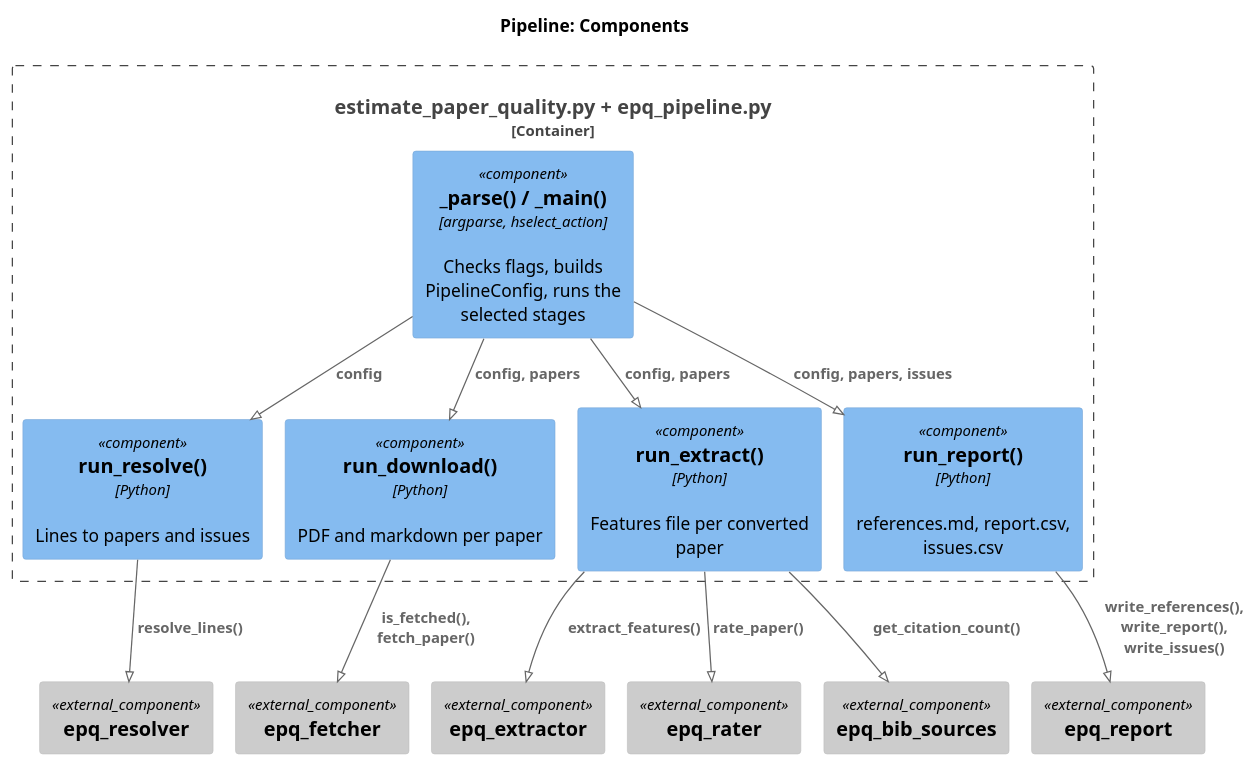
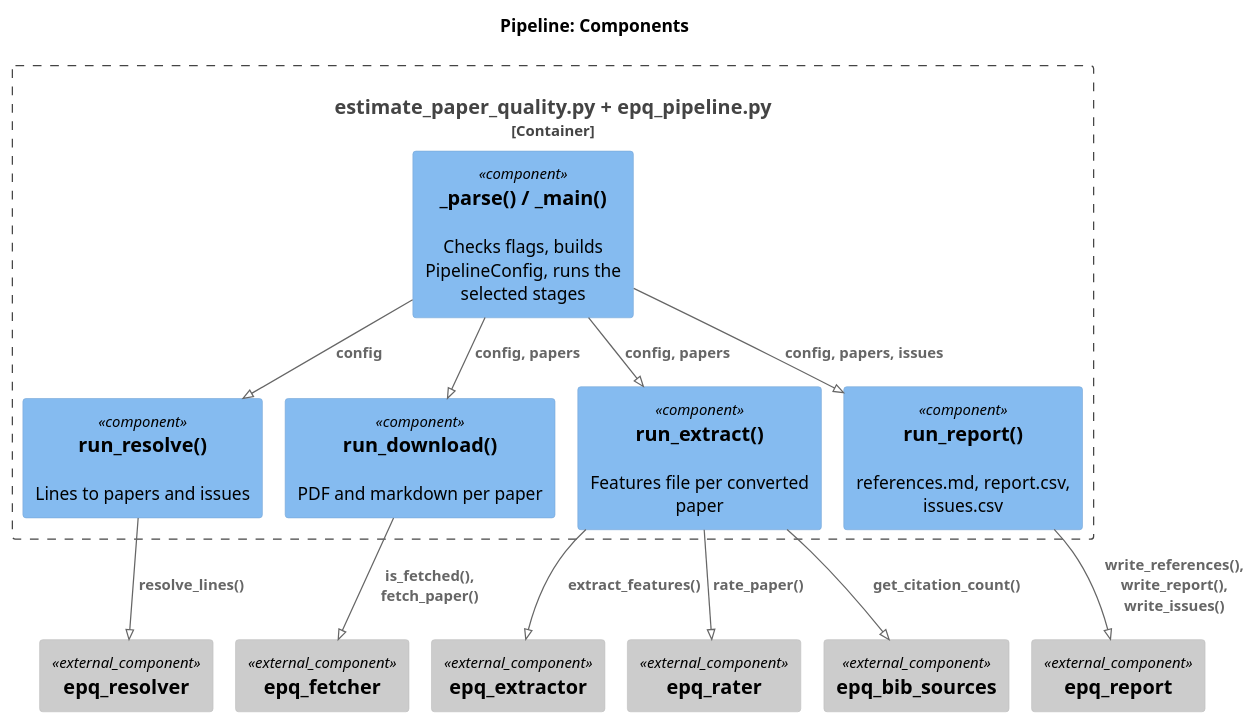
The diagram in research/Estimate_academic_paper_quality/docs/02.1-design.pipeline.md (gpsaggese/gpsaggese.github.io), drawn with PlantUML before and after one commit. The commit also changed other lines of this file and 8 other files, not shown here.

````diff
--- a/research/Estimate_academic_paper_quality/docs/02.1-design.pipeline.md
+++ b/research/Estimate_academic_paper_quality/docs/02.1-design.pipeline.md
@@ -23,29 +23,29 @@
 ```plantuml
 !pragma layout smetana
 !include <C4/C4_Component>
 LAYOUT_TOP_DOWN()
 title Pipeline: Components
 Container_Boundary(p, "estimate_paper_quality.py + epq_pipeline.py") {
-  Component(cli, "_parse() / _main()", "argparse, hselect_action", "Checks flags, builds PipelineConfig, runs the selected stages")
-  Component(res, "run_resolve()", "Python", "Lines to papers and issues")
-  Component(dl, "run_download()", "Python", "PDF and markdown per paper")
-  Component(ex, "run_extract()", "Python", "Features file per converted paper")
-  Component(rep, "run_report()", "Python", "references.md, report.csv, issues.csv")
+  Component(cli, "_parse() / _main()", "", "Checks flags, builds PipelineConfig, runs the selected stages")
+  Component(res, "run_resolve()", "", "Lines to papers and issues")
+  Component(dl, "run_download()", "", "PDF and markdown per paper")
+  Component(ex, "run_extract()", "", "Features file per converted paper")
+  Component(rep, "run_report()", "", "references.md, report.csv, issues.csv")
 }
 Component_Ext(resolver, "epq_resolver", "", "")
 Component_Ext(fetcher, "epq_fetcher", "", "")
 Component_Ext(extractor, "epq_extractor", "", "")
 Component_Ext(rater, "epq_rater", "", "")
 Component_Ext(report, "epq_report", "", "")
 Component_Ext(bib, "epq_bib_sources", "", "")
 Rel(cli, res, "config")
 Rel(cli, dl, "config, papers")
 Rel(cli, ex, "config, papers")
 Rel(cli, rep, "config, papers, issues")
 Rel(res, resolver, "resolve_lines()")
 Rel(dl, fetcher, "is_fetched(), fetch_paper()")
 Rel(ex, extractor, "extract_features()")
 Rel(ex, rater, "rate_paper()")
 Rel(ex, bib, "get_citation_count()")
 Rel(rep, report, "write_references(), write_report(), write_issues()")
 ```
````
